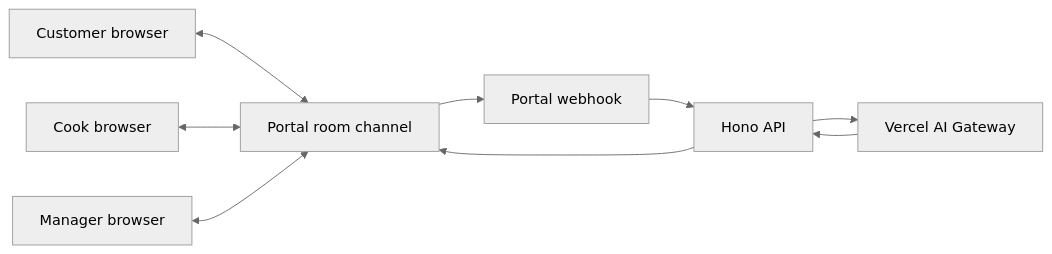
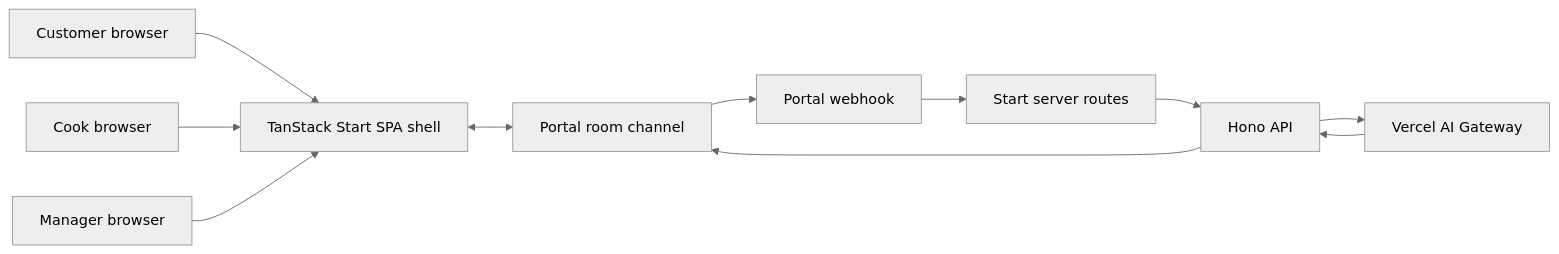
Before and after one commit to Sleplezzz/KitchenChaos: the diagram in docs/superpowers/specs/2026-08-08-kitchen-chaos-realtime-design.md, drawn with Mermaid (neutral theme). The commit also changed other lines of this file, not shown here.

First line of the commit message:
docs(architecture): adopt TanStack Start SPA design

````diff
--- a/docs/superpowers/specs/2026-08-08-kitchen-chaos-realtime-design.md
+++ b/docs/superpowers/specs/2026-08-08-kitchen-chaos-realtime-design.md
@@ -126,19 +193,23 @@
 ```mermaid
 flowchart LR
     C[Customer browser]
     K[Cook browser]
     M[Manager browser]
+    S[TanStack Start SPA shell]
+    R[Start server routes]
     P[Portal room channel]
     W[Portal webhook]
     H[Hono API]
     A[Vercel AI Gateway]
 
-    C <--> P
-    K <--> P
-    M <--> P
+    C --> S
+    K --> S
+    M --> S
+    S <--> P
     P --> W
-    W --> H
+    W --> R
+    R --> H
     H --> P
     H --> A
     A --> H
 ```
````
